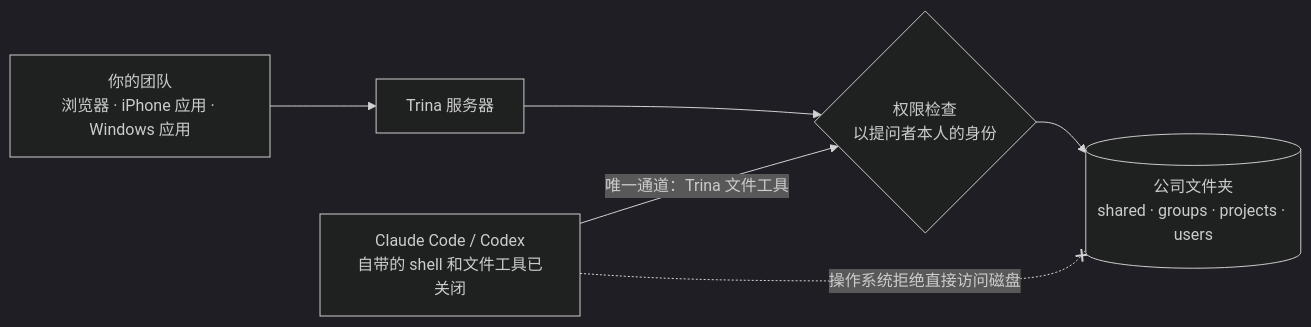
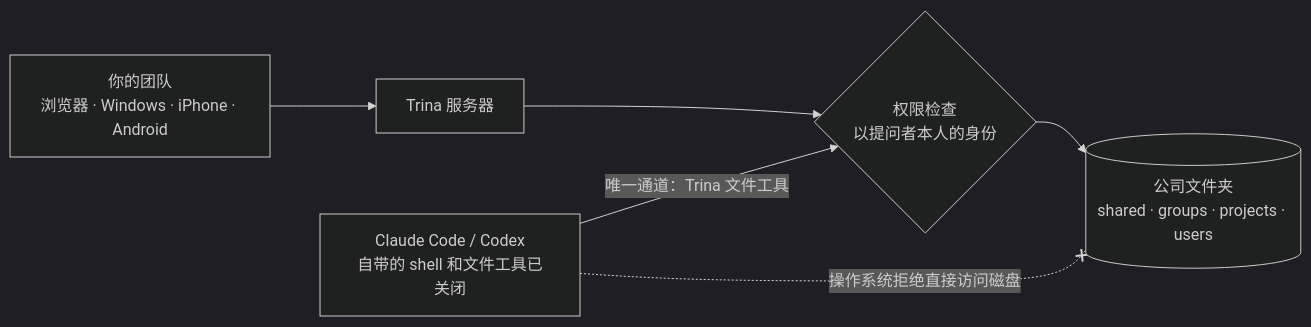
One commit to trina-app/trina-ax changed the diagram in README.zh-CN.md. Above: the diagram before and after it, drawn with Mermaid (dark theme). The commit also changed other lines of this file and 4 other files, not shown here.

````diff
--- a/README.zh-CN.md
+++ b/README.zh-CN.md
@@ -98,8 +77,8 @@
 ```mermaid
 flowchart LR
-  P["你的团队<br/>浏览器 · iPhone 应用 · Windows 应用"] --> S["Trina 服务器"]
+  P["你的团队<br/>浏览器 · Windows · iPhone · Android"] --> S["Trina 服务器"]
   E["Claude Code / Codex<br/>自带的 shell 和文件工具已关闭"] -->|"唯一通道：Trina 文件工具"| C{"权限检查<br/>以提问者本人的身份"}
   S --> C
   C --> D[("公司文件夹<br/>shared · groups · projects · users")]
   E -. "操作系统拒绝直接访问磁盘" .-x D
 ```
````
